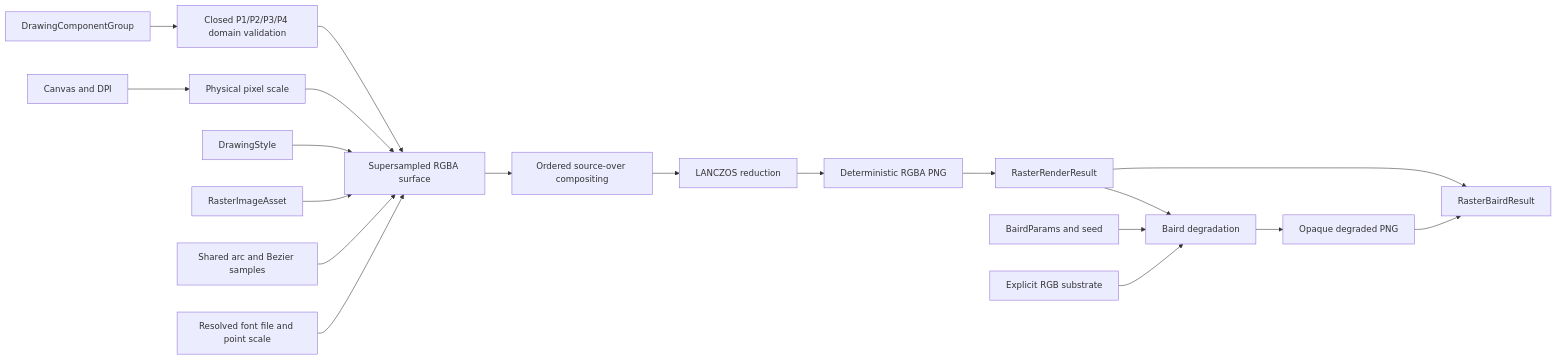
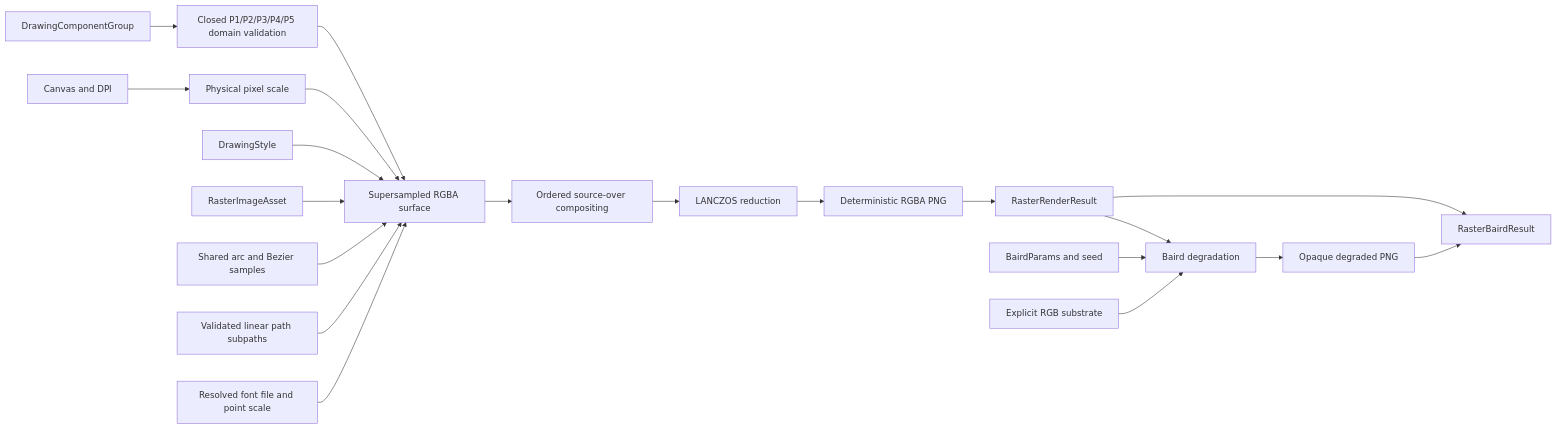
One commit to cmill32405/InkGen changed the diagram in docs/diagrams/raster-renderer.mmd. Above: the diagram before and after it, drawn with Mermaid. The commit also changed 11 other files, not shown here.

```diff
--- a/docs/diagrams/raster-renderer.mmd
+++ b/docs/diagrams/raster-renderer.mmd
@@ -1,19 +1,20 @@
 flowchart LR
-    Group[DrawingComponentGroup] --> Validate[Closed P1/P2/P3/P4 domain validation]
+    Group[DrawingComponentGroup] --> Validate[Closed P1/P2/P3/P4/P5 domain validation]
     Canvas[Canvas and DPI] --> Scale[Physical pixel scale]
     Validate --> Surface[Supersampled RGBA surface]
     Scale --> Surface
     Style[DrawingStyle] --> Surface
     Assets[RasterImageAsset] --> Surface
     Curves[Shared arc and Bezier samples] --> Surface
+    Paths[Validated linear path subpaths] --> Surface
     Font[Resolved font file and point scale] --> Surface
     Surface --> Composite[Ordered source-over compositing]
     Composite --> Reduce[LANCZOS reduction]
     Reduce --> PNG[Deterministic RGBA PNG]
     PNG --> Result[RasterRenderResult]
     Result --> Pair[RasterBairdResult]
     Result --> Baird[Baird degradation]
     Params[BairdParams and seed] --> Baird
     Substrate[Explicit RGB substrate] --> Baird
     Baird --> Scan[Opaque degraded PNG]
     Scan --> Pair
```
